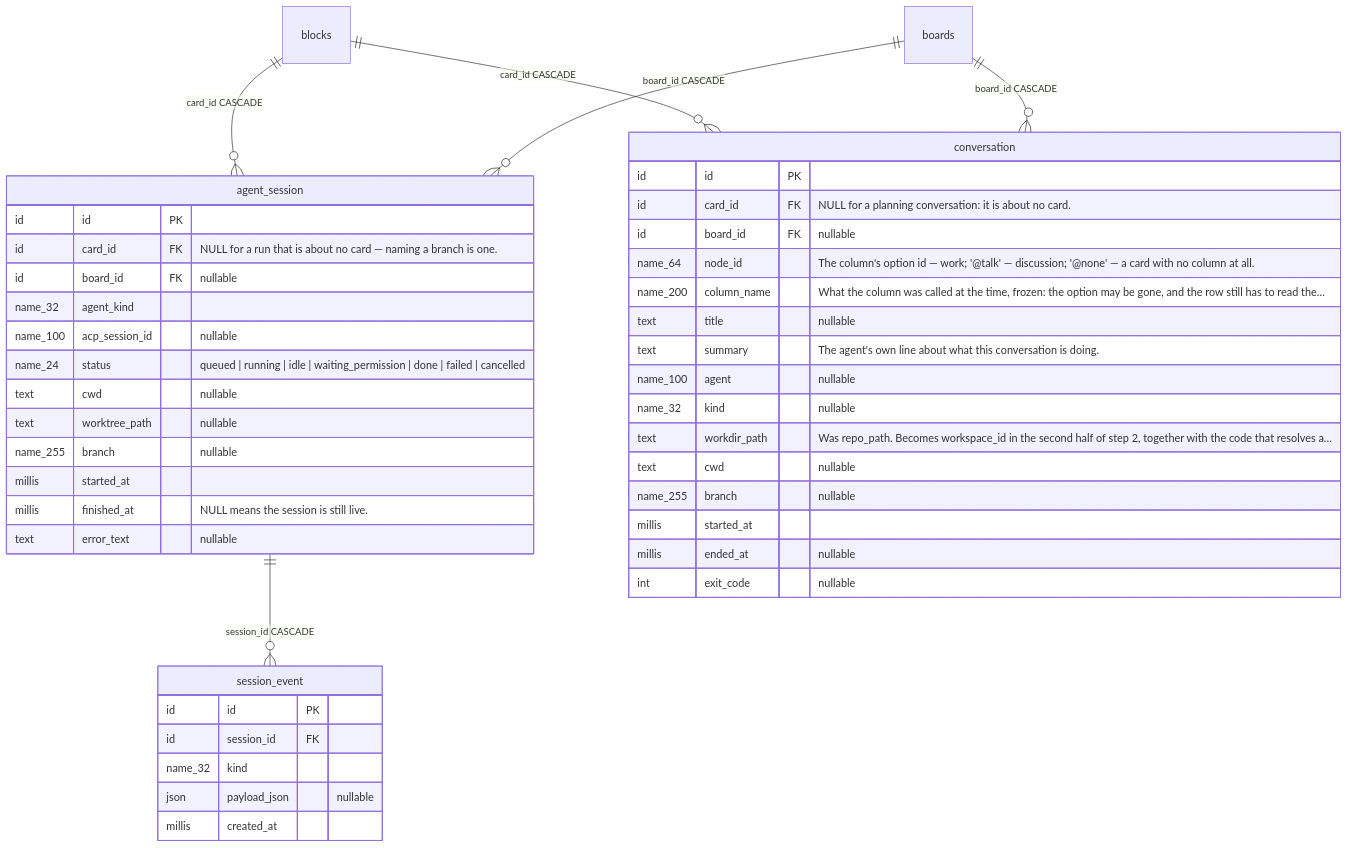
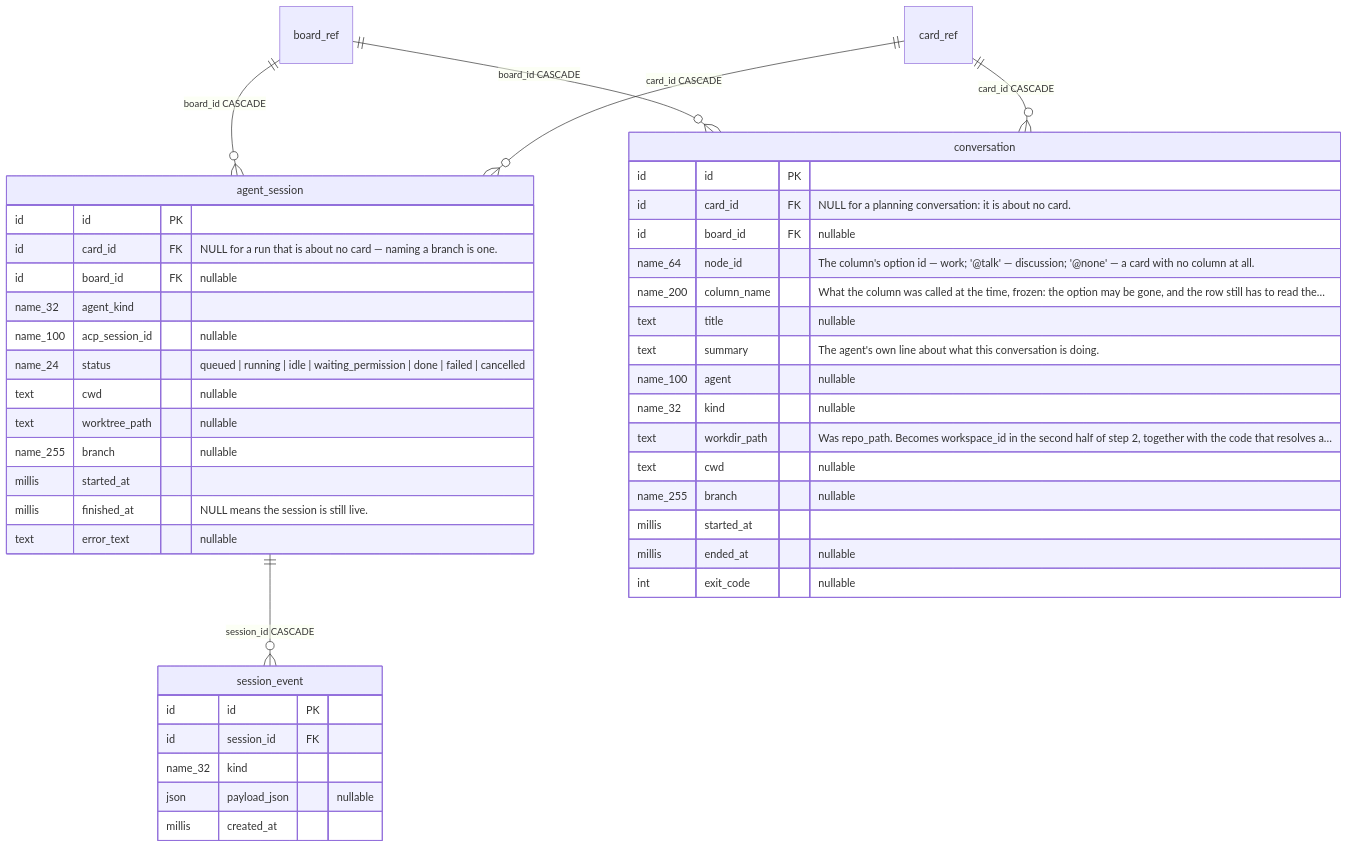
Before and after one commit to artipop/pourquoipas: the fifth of 9 diagrams in docs/schema/erd.md, drawn with Mermaid. The commit also changed other lines of this file and 10 other files, not shown here.

````diff
--- a/docs/schema/erd.md
+++ b/docs/schema/erd.md
@@ -320,47 +350,47 @@
 ```mermaid
 erDiagram
     agent_session ||--o{ session_event : "session_id CASCADE"
-    blocks ||--o{ agent_session : "card_id CASCADE"
-    blocks ||--o{ conversation : "card_id CASCADE"
-    boards ||--o{ agent_session : "board_id CASCADE"
-    boards ||--o{ conversation : "board_id CASCADE"
+    board_ref ||--o{ agent_session : "board_id CASCADE"
+    board_ref ||--o{ conversation : "board_id CASCADE"
+    card_ref ||--o{ agent_session : "card_id CASCADE"
+    card_ref ||--o{ conversation : "card_id CASCADE"
 
     conversation {
         id id PK
         id card_id FK "NULL for a planning conversation: it is about no card."
         id board_id FK "nullable"
         name_64 node_id "The column's option id — work; '@talk' — discussion; '@none' — a card with no column at all."
         name_200 column_name "What the column was called at the time, frozen: the option may be gone, and the row still has to read the…"
         text title "nullable"
         text summary "The agent's own line about what this conversation is doing."
         name_100 agent "nullable"
         name_32 kind "nullable"
         text workdir_path "Was repo_path. Becomes workspace_id in the second half of step 2, together with the code that resolves a…"
         text cwd "nullable"
         name_255 branch "nullable"
         millis started_at
         millis ended_at "nullable"
         int exit_code "nullable"
     }
     agent_session {
         id id PK
         id card_id FK "NULL for a run that is about no card — naming a branch is one."
         id board_id FK "nullable"
         name_32 agent_kind
         name_100 acp_session_id "nullable"
         name_24 status "queued | running | idle | waiting_permission | done | failed | cancelled"
         text cwd "nullable"
         text worktree_path "nullable"
         name_255 branch "nullable"
         millis started_at
         millis finished_at "NULL means the session is still live."
         text error_text "nullable"
     }
     session_event {
         id id PK
         id session_id FK
         name_32 kind
         json payload_json "nullable"
         millis created_at
     }
 ```
````
